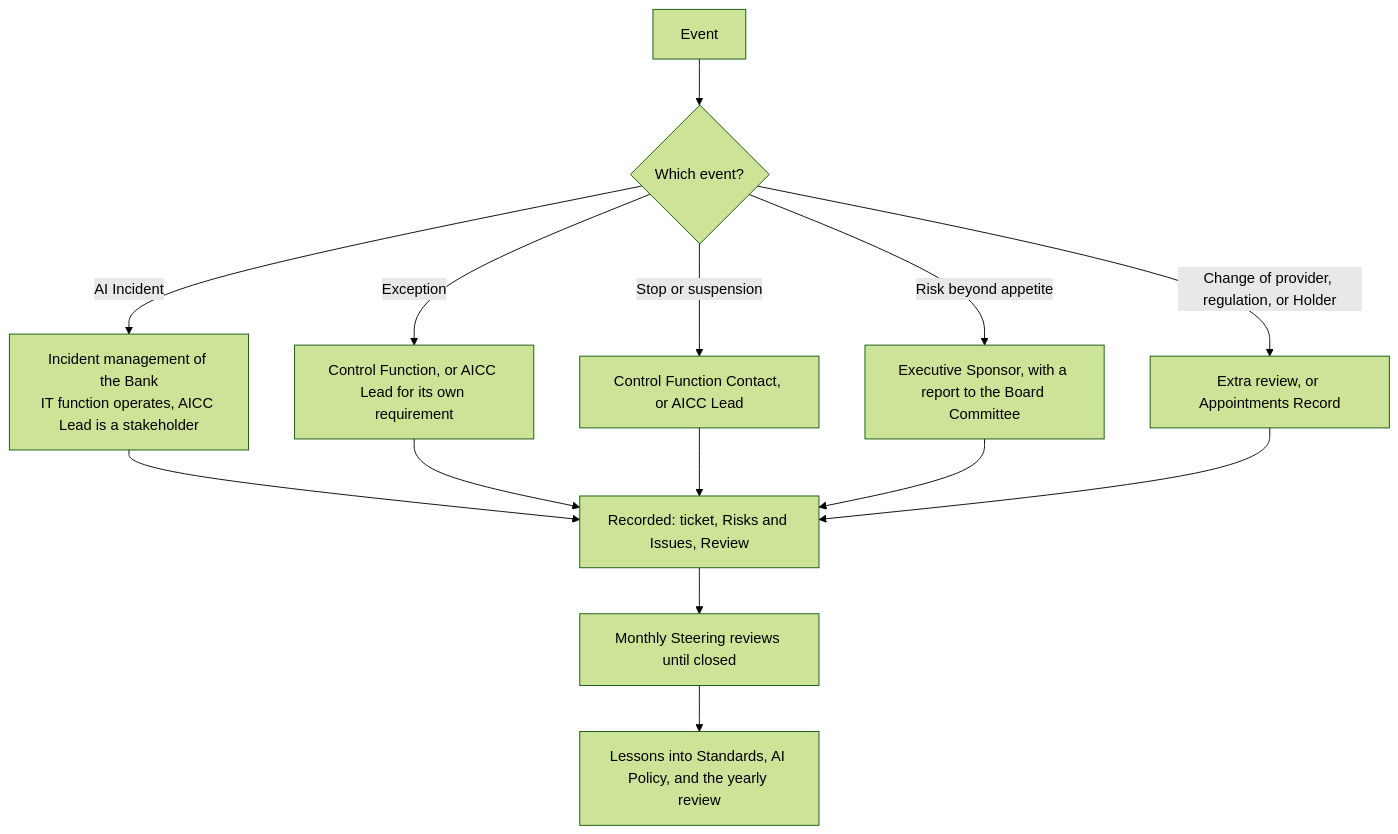
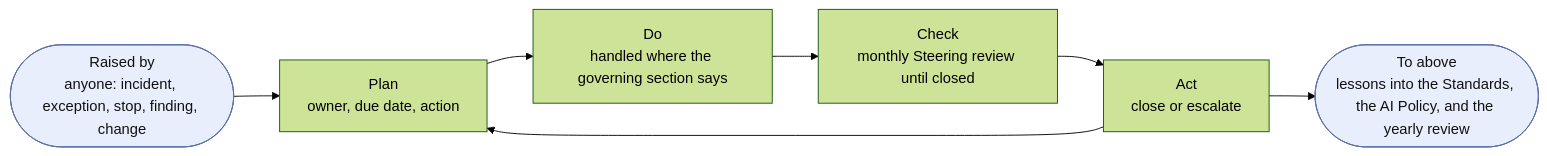
One commit to devhogu/ob-aicc changed the sixth of 8 diagrams in charter/documents/operating-model.md. Above: the diagram before and after it, drawn with Mermaid (forest theme). The commit also changed other lines of this file and 63 other files, not shown here.

````diff
--- a/charter/documents/operating-model.md
+++ b/charter/documents/operating-model.md
@@ -180,16 +227,7 @@
 ```mermaid
-flowchart TB
-  EV["Event"] --> W{"Which event?"}
-  W -->|AI Incident| I["Incident management of the Bank<br/>IT function operates, AICC Lead is a stakeholder"]
-  W -->|Exception| X["Control Function, or AICC Lead for its own requirement"]
-  W -->|Stop or suspension| P["Control Function Contact, or AICC Lead"]
-  W -->|Risk beyond appetite| A["Executive Sponsor, with a report to the Board Committee"]
-  W -->|Change of provider, regulation, or Holder| H["Extra review, or Appointments Record"]
-  I --> L["Recorded: ticket, Risks and Issues, Review"]
-  X --> L
-  P --> L
-  A --> L
-  H --> L
-  L --> M["Monthly Steering reviews until closed"]
-  M --> Y["Lessons into Standards, AI Policy, and the yearly review"]
+flowchart LR
+  IN(["Raised by<br/>anyone: incident, exception, stop, finding, change"]):::iface --> P
+  P["Plan<br/>owner, due date, action"] --> D["Do<br/>handled where the governing section says"] --> C["Check<br/>monthly Steering review until closed"] --> A["Act<br/>close or escalate"] --> P
+  A --> OUT(["To above<br/>lessons into the Standards, the AI Policy, and the yearly review"]):::iface
+  classDef iface fill:#e8eefc,stroke:#5a6fa8,color:#111
 ```
````
